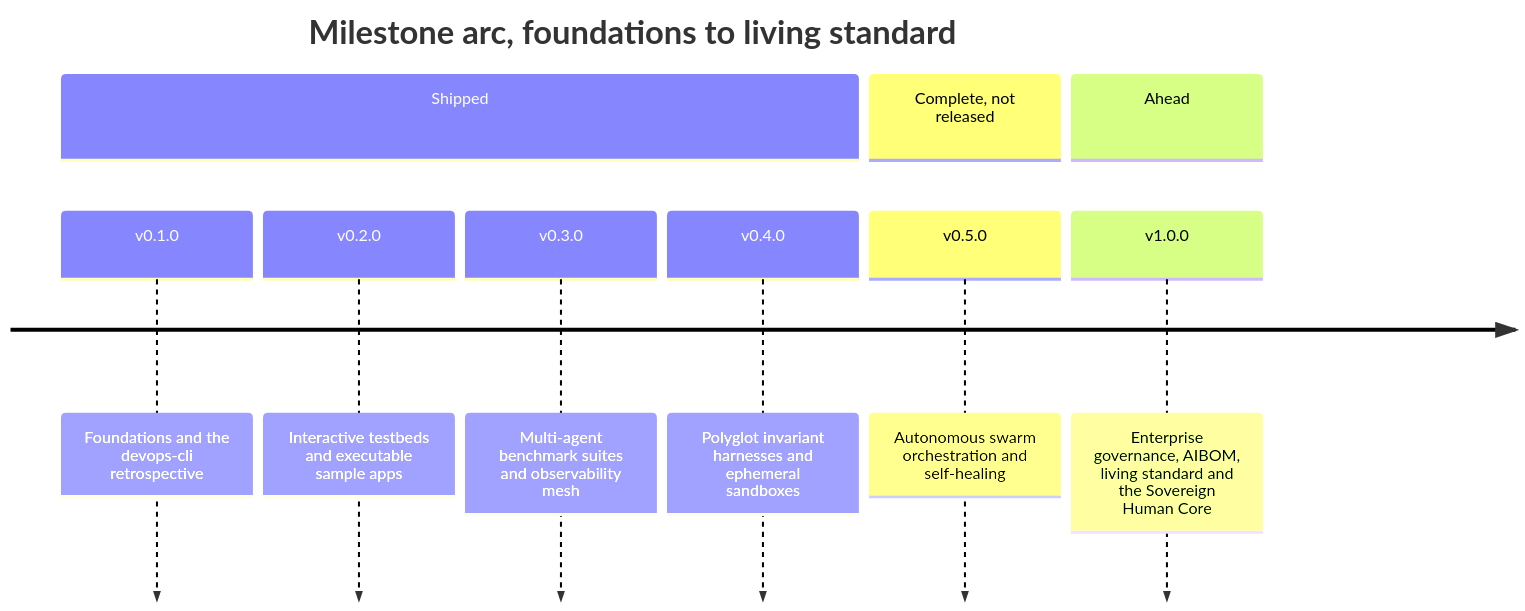
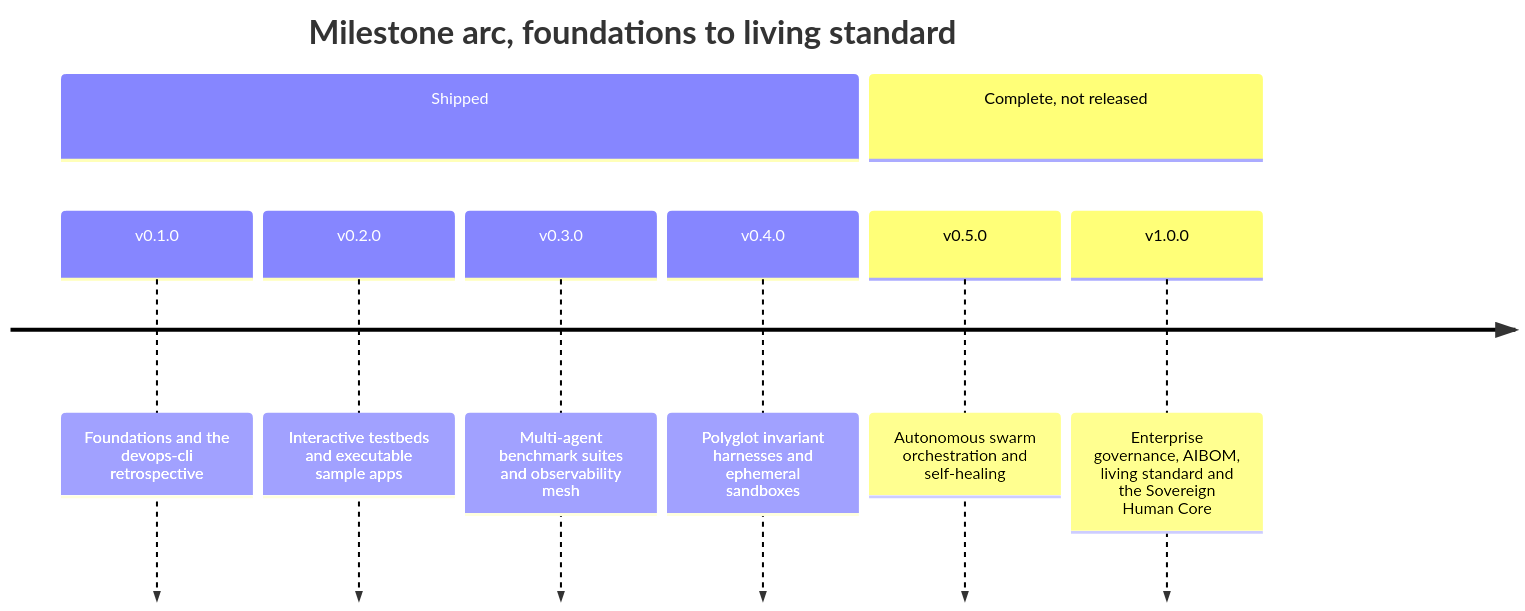
Before and after one commit to dan-petty/vibes: the first of 2 diagrams in docs/ROADMAP.md, drawn with Mermaid. The commit also changed other lines of this file and 1 other file, not shown here.

````diff
--- a/docs/ROADMAP.md
+++ b/docs/ROADMAP.md
@@ -29,13 +29,12 @@
 ```mermaid
 timeline
     title Milestone arc, foundations to living standard
     section Shipped
         v0.1.0 : Foundations and the devops-cli retrospective
         v0.2.0 : Interactive testbeds and executable sample apps
         v0.3.0 : Multi-agent benchmark suites and observability mesh
         v0.4.0 : Polyglot invariant harnesses and ephemeral sandboxes
     section Complete, not released
         v0.5.0 : Autonomous swarm orchestration and self-healing
-    section Ahead
         v1.0.0 : Enterprise governance, AIBOM, living standard and the Sovereign Human Core
 ```
````
